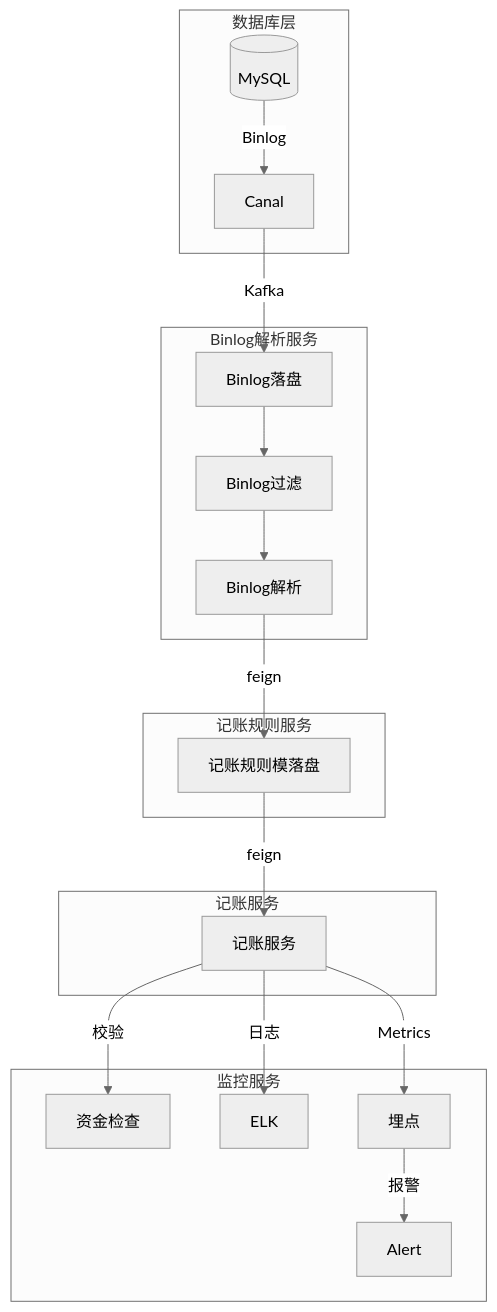
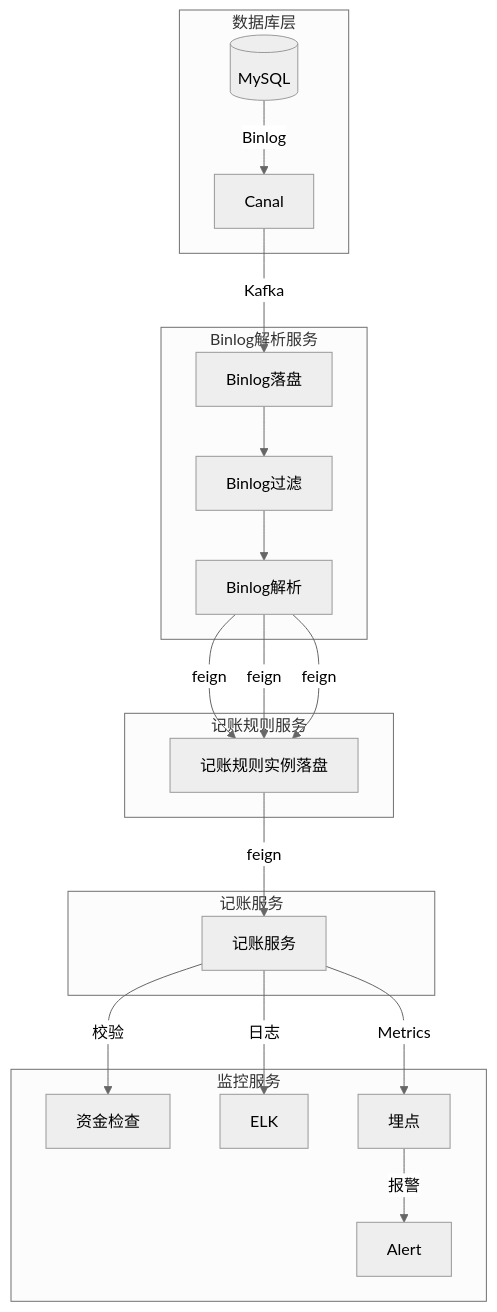
The diagram in all/记账架构图.md (87828943/iodraw-files), drawn with Mermaid (neutral theme) before and after one commit.

Commit message:
2025-07-07 14:45:35 update

````diff
--- a/all/记账架构图.md
+++ b/all/记账架构图.md
@@ -1,24 +1,26 @@
 ```mermaid
 graph TB
     subgraph 数据库层
         DB[(MySQL)] -->|Binlog| Canal
     end
     subgraph Binlog解析服务
         Canal -->|Kafka| Binlog[Binlog落盘]
         Binlog --> Binlog1[Binlog过滤]
         Binlog1 --> Binlog2[Binlog解析]
     end
     subgraph 记账规则服务
-        Binlog2 -->|feign| AccountingRule[记账规则模落盘]
+        Binlog2 -->|feign| AccountingRule[记账规则实例落盘]
+        Binlog2 -->|feign| AccountingRule[记账规则实例落盘]
+        Binlog2 -->|feign| AccountingRule[记账规则实例落盘]
         
     end
     subgraph 记账服务
        AccountingRule -->|feign| Accounting[记账服务]
     end
     subgraph 监控服务
         Accounting --> |校验| 资金检查
         Accounting -->|日志| ELK
         Accounting -->|Metrics| 埋点
         埋点 -->|报警| Alert
     end
 ```
````
